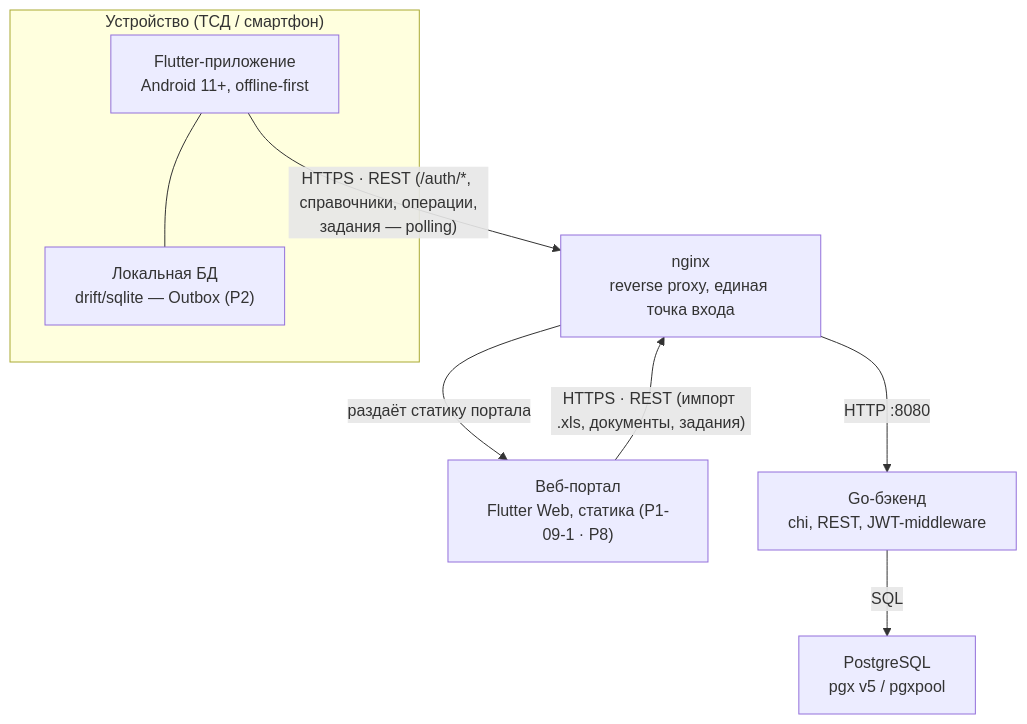
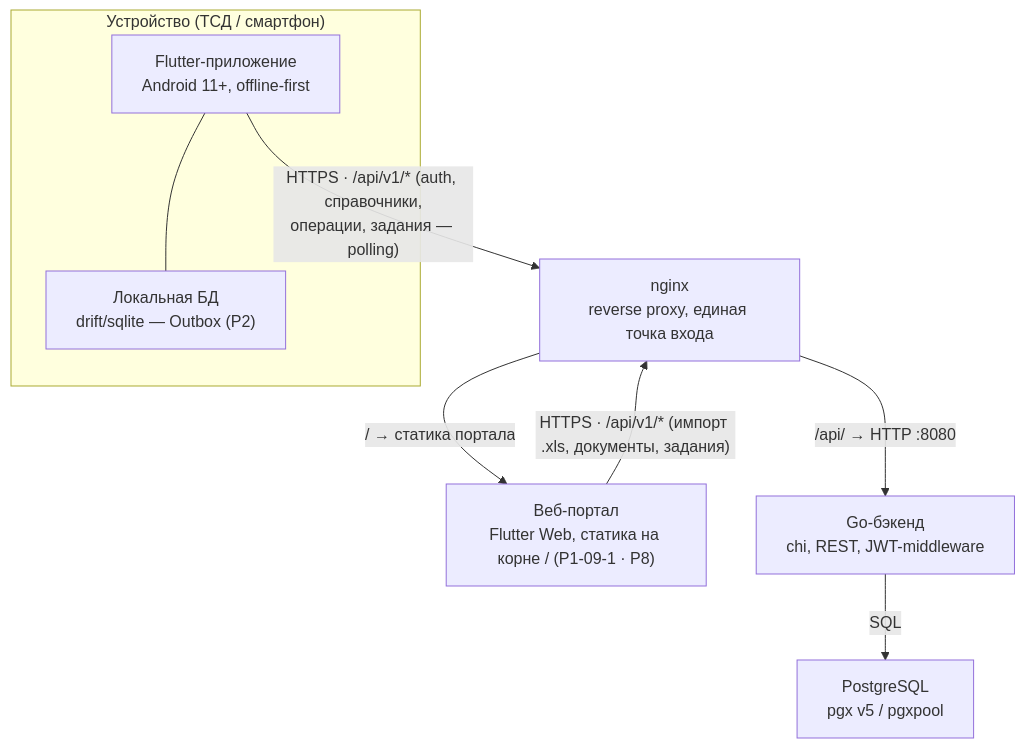
The second of 4 diagrams in docs/architecture.md (SergeiSMV/craft_limonades), drawn with Mermaid before and after one commit. The commit also changed other lines of this file and 3 other files, not shown here.

````diff
--- a/docs/architecture.md
+++ b/docs/architecture.md
@@ -55,19 +55,19 @@
 ```mermaid
 flowchart TB
     subgraph device["Устройство (ТСД / смартфон)"]
         app["Flutter-приложение<br/>Android 11+, offline-first"]
         localdb["Локальная БД<br/>drift/sqlite — Outbox (P2)"]
         app --- localdb
     end
 
-    portal["Веб-портал<br/>Flutter Web, статика (P1-09-1 · P8)"]
+    portal["Веб-портал<br/>Flutter Web, статика на корне / (P1-09-1 · P8)"]
     nginx["nginx<br/>reverse proxy, единая точка входа"]
     backend["Go-бэкенд<br/>chi, REST, JWT-middleware"]
     pg["PostgreSQL<br/>pgx v5 / pgxpool"]
 
-    app -->|"HTTPS · REST (/auth/*, справочники, операции,<br/>задания — polling)"| nginx
-    portal -->|"HTTPS · REST (импорт .xls, документы, задания)"| nginx
-    nginx -->|"HTTP :8080"| backend
-    nginx -->|"раздаёт статику портала"| portal
+    app -->|"HTTPS · /api/v1/* (auth, справочники,<br/>операции, задания — polling)"| nginx
+    portal -->|"HTTPS · /api/v1/* (импорт .xls, документы, задания)"| nginx
+    nginx -->|"/api/ → HTTP :8080"| backend
+    nginx -->|"/ → статика портала"| portal
     backend -->|"SQL"| pg
 ```
````
